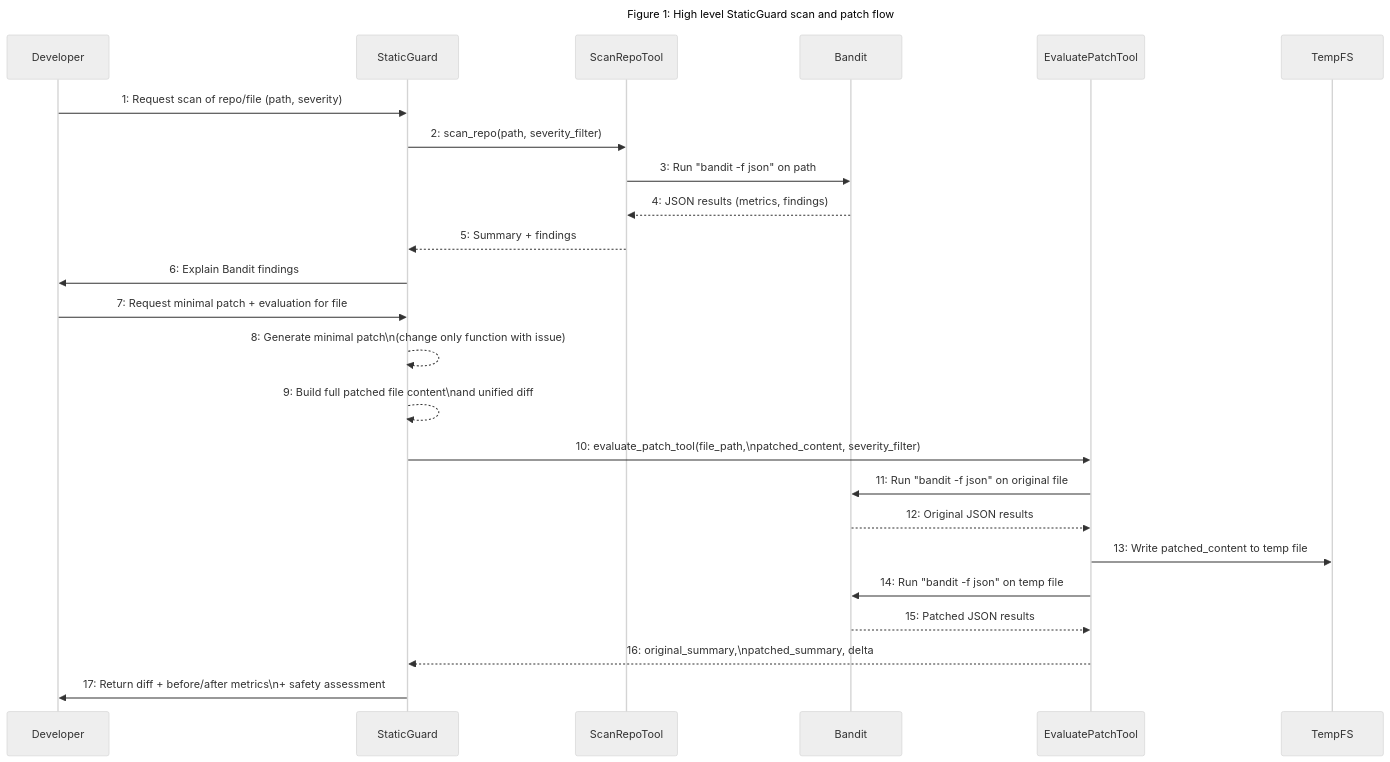
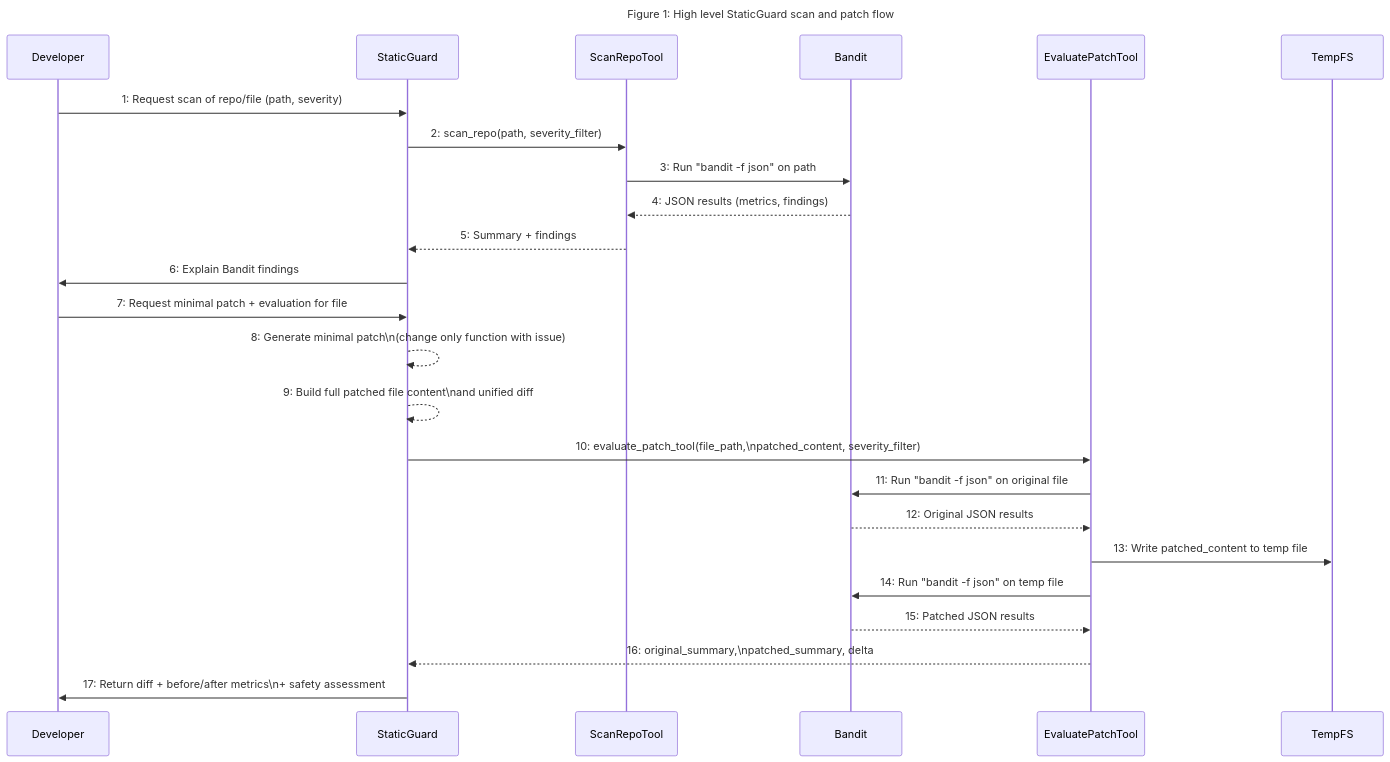
Before and after one commit to AmjadKudsi/StatGuard_agent: the diagram in README.md, drawn with Mermaid.

````diff
--- a/README.md
+++ b/README.md
@@ -5,32 +5,32 @@
 ```mermaid
-%%{init: {'theme': 'neutral'}}%%
+%%{init: {'theme': 'default'}}%%
 sequenceDiagram
     title Figure 1: High level StaticGuard scan and patch flow
     participant Developer
     participant StaticGuard
     participant ScanRepoTool
     participant Bandit
     participant EvaluatePatchTool
     participant TempFS
 
     Developer->>StaticGuard: 1: Request scan of repo/file (path, severity)
     StaticGuard->>ScanRepoTool: 2: scan_repo(path, severity_filter)
     ScanRepoTool->>Bandit: 3: Run "bandit -f json" on path
     Bandit-->>ScanRepoTool: 4: JSON results (metrics, findings)
     ScanRepoTool-->>StaticGuard: 5: Summary + findings
     StaticGuard->>Developer: 6: Explain Bandit findings
 
     Developer->>StaticGuard: 7: Request minimal patch + evaluation for file
     StaticGuard-->>StaticGuard: 8: Generate minimal patch\n(change only function with issue)
     StaticGuard-->>StaticGuard: 9: Build full patched file content\nand unified diff
     StaticGuard->>EvaluatePatchTool: 10: evaluate_patch_tool(file_path,\npatched_content, severity_filter)
 
     EvaluatePatchTool->>Bandit: 11: Run "bandit -f json" on original file
     Bandit-->>EvaluatePatchTool: 12: Original JSON results
     EvaluatePatchTool->>TempFS: 13: Write patched_content to temp file
     EvaluatePatchTool->>Bandit: 14: Run "bandit -f json" on temp file
     Bandit-->>EvaluatePatchTool: 15: Patched JSON results
     EvaluatePatchTool-->>StaticGuard: 16: original_summary,\npatched_summary, delta
 
     StaticGuard->>Developer: 17: Return diff + before/after metrics\n+ safety assessment
 ```
````
